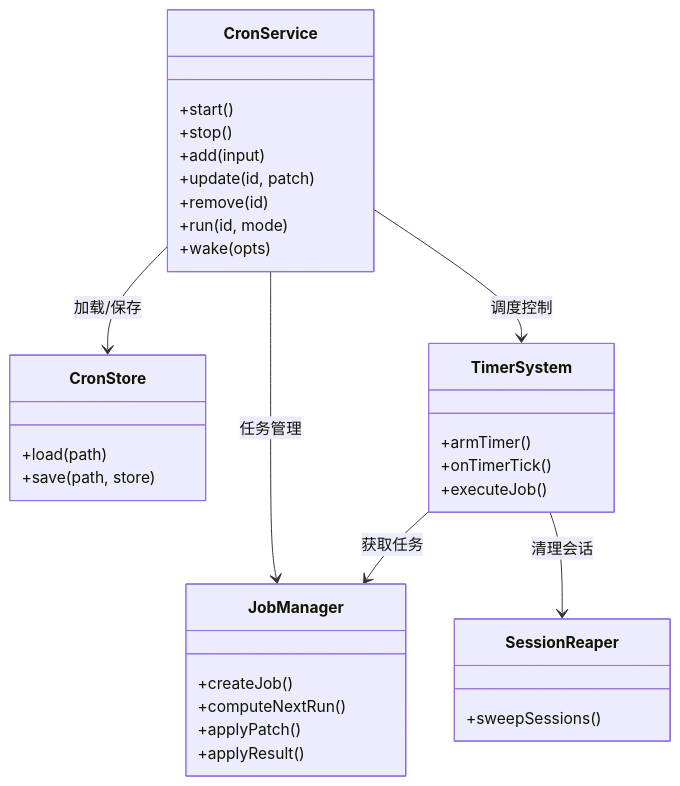
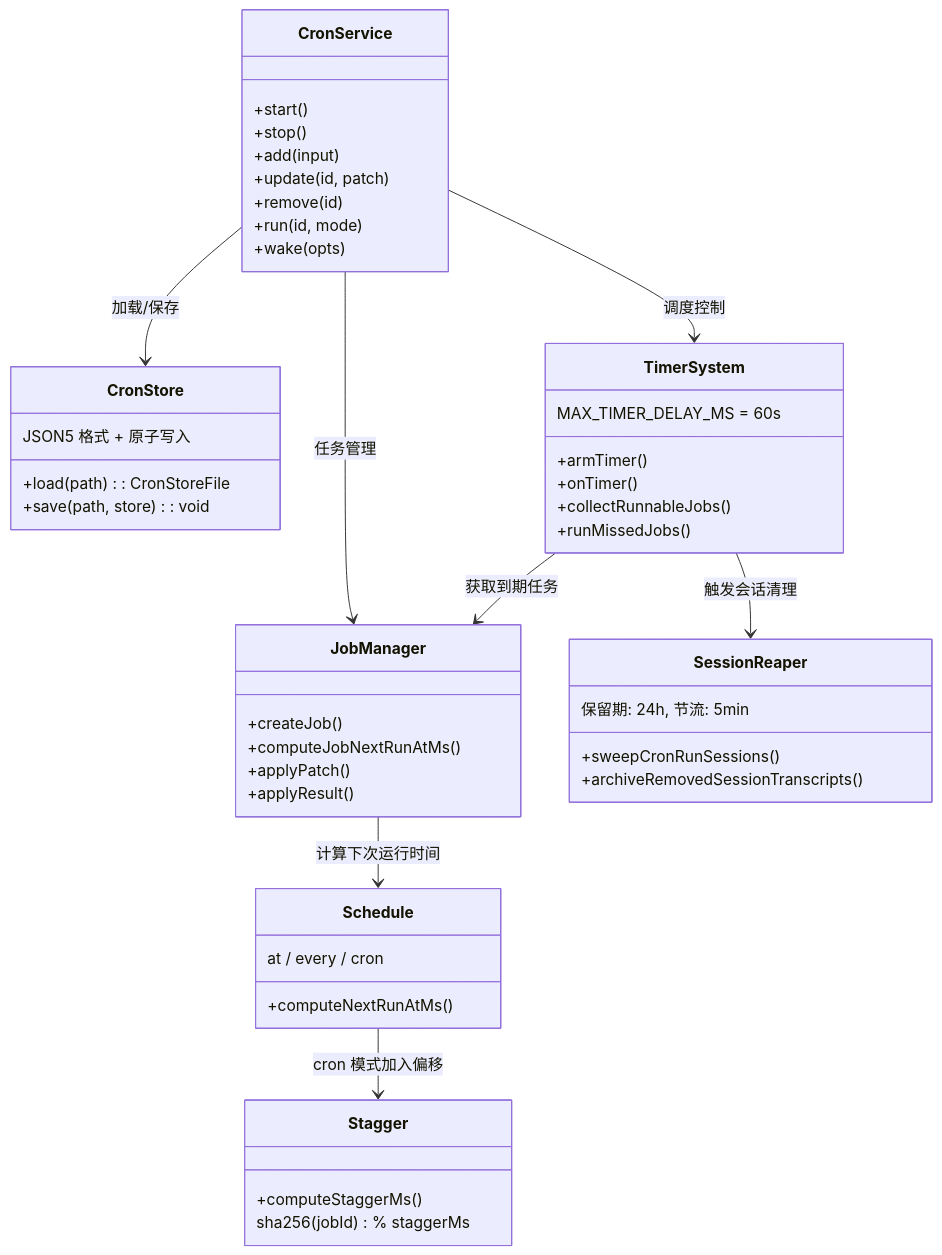
One commit to caicongyang/bloger changed the second of 8 diagrams in openclaw/OPENCLAW-CRON.md. Above: the diagram before and after it, drawn with Mermaid. The commit also changed other lines of this file and 13 other files, not shown here.

````diff
--- a/openclaw/OPENCLAW-CRON.md
+++ b/openclaw/OPENCLAW-CRON.md
@@ -120,40 +108,57 @@
 ```mermaid
 classDiagram
     class CronService {
         +start()
         +stop()
         +add(input)
         +update(id, patch)
         +remove(id)
         +run(id, mode)
         +wake(opts)
     }
     
     class CronStore {
-        +load(path)
-        +save(path, store)
+        +load(path): CronStoreFile
+        +save(path, store): void
+        JSON5 格式 + 原子写入
     }
     
     class TimerSystem {
         +armTimer()
-        +onTimerTick()
-        +executeJob()
+        +onTimer()
+        +collectRunnableJobs()
+        +runMissedJobs()
+        MAX_TIMER_DELAY_MS = 60s
     }
     
     class JobManager {
         +createJob()
-        +computeNextRun()
+        +computeJobNextRunAtMs()
         +applyPatch()
         +applyResult()
     }
     
+    class Schedule {
+        +computeNextRunAtMs()
+        at / every / cron
+    }
+    
+    class Stagger {
+        +computeStaggerMs()
+        sha256(jobId) % staggerMs
+    }
+    
     class SessionReaper {
-        +sweepSessions()
+        +sweepCronRunSessions()
+        +archiveRemovedSessionTranscripts()
+        保留期: 24h, 节流: 5min
     }
     
     CronService --> CronStore: 加载/保存
     CronService --> TimerSystem: 调度控制
     CronService --> JobManager: 任务管理
-    TimerSystem --> JobManager: 获取任务
-    TimerSystem --> SessionReaper: 清理会话
+    TimerSystem --> JobManager: 获取到期任务
+    TimerSystem --> SessionReaper: 触发会话清理
+    JobManager --> Schedule: 计算下次运行时间
+    Schedule --> Stagger: cron 模式加入偏移
 ```
````
